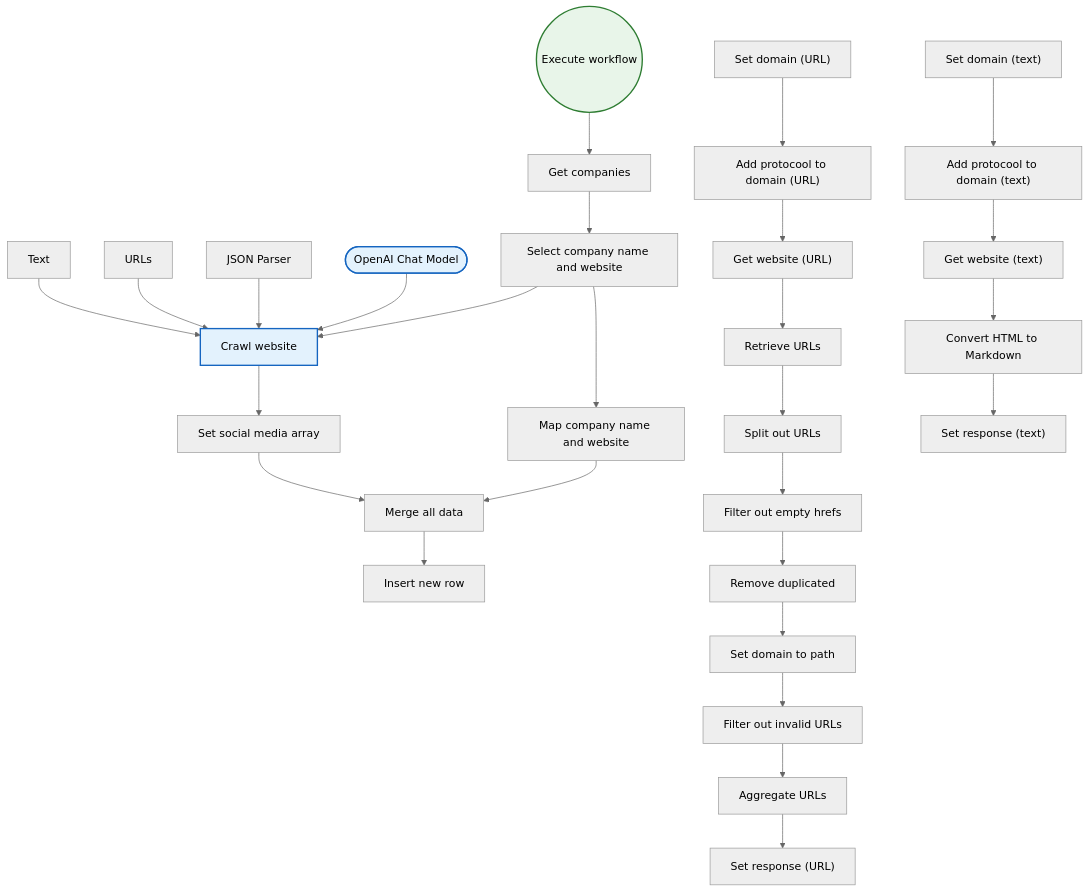
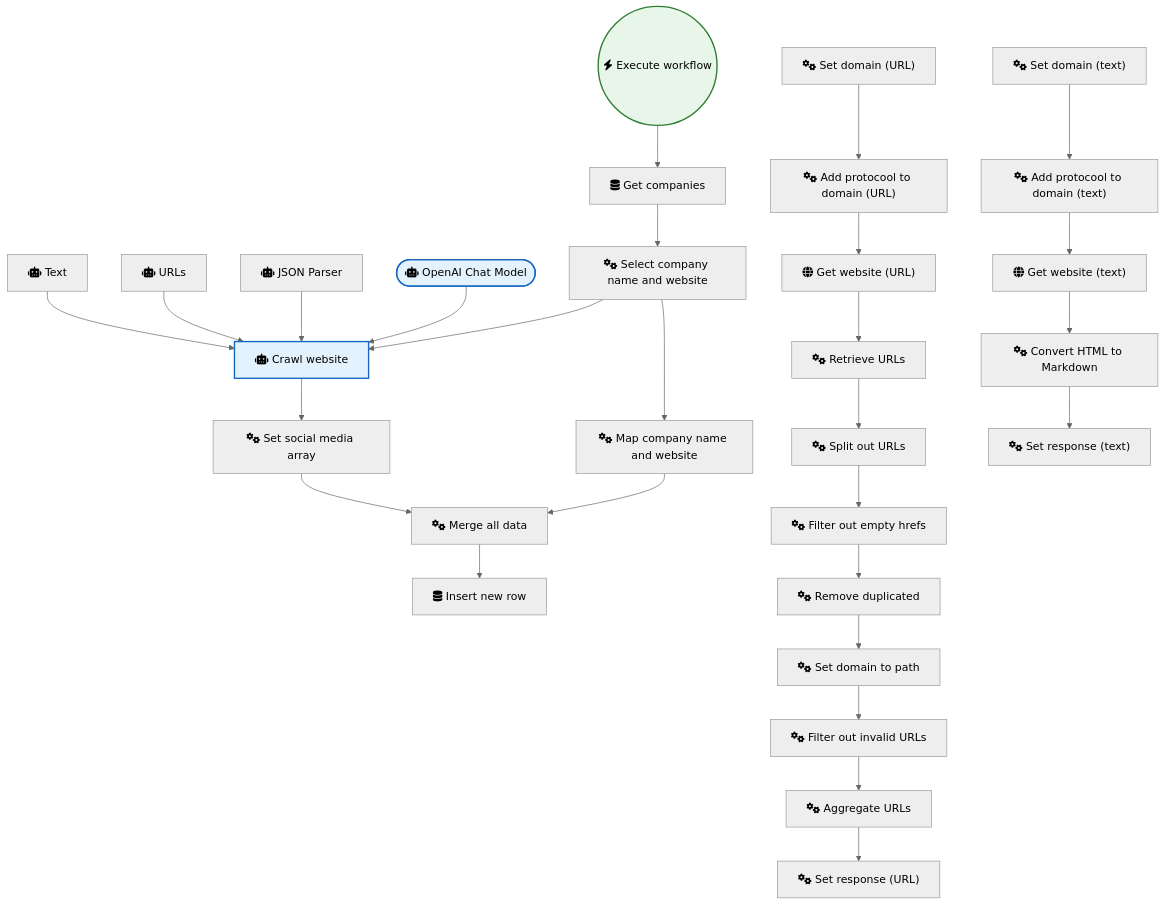
The diagram in AI_Research_RAG_and_Data_Analysis/Autonomous AI crawler.md (sreyash3105/N8N-DEMO-AUTOMATIONS), drawn with Mermaid (neutral theme) before and after one commit. The commit also changed 291 other files, not shown here.

````diff
--- a/AI_Research_RAG_and_Data_Analysis/Autonomous AI crawler.md
+++ b/AI_Research_RAG_and_Data_Analysis/Autonomous AI crawler.md
@@ -1,62 +1,62 @@
 ```mermaid
 graph TD
     classDef trigger fill:#e8f5e9,stroke:#2e7d32,stroke-width:2px;
     classDef ai fill:#e3f2fd,stroke:#1565c0,stroke-width:2px;
     classDef logic fill:#fff3e0,stroke:#ef6c00,stroke-width:2px;
 
-    Text["Text"]
-    URLs["URLs"]
-    OpenAI_Chat_Model(["OpenAI Chat Model"]):::ai
-    JSON_Parser["JSON Parser"]
-    Map_company_name_and_website["Map company name and website"]
-    Execute_workflow(("Execute workflow")):::trigger
-    Get_companies["Get companies"]
-    Select_company_name_and_website["Select company name and website"]
-    Set_social_media_array["Set social media array"]
-    Merge_all_data["Merge all data"]
-    Insert_new_row["Insert new row"]
-    Convert_HTML_to_Markdown["Convert HTML to Markdown"]
-    Retrieve_URLs["Retrieve URLs"]
-    Split_out_URLs["Split out URLs"]
-    Remove_duplicated["Remove duplicated"]
-    Set_domain_to_path["Set domain to path"]
-    Filter_out_invalid_URLs["Filter out invalid URLs"]
-    Aggregate_URLs["Aggregate URLs"]
-    Filter_out_empty_hrefs["Filter out empty hrefs"]
-    Set_domain__text_["Set domain (text)"]
-    Add_protocool_to_domain__text_["Add protocool to domain (text)"]
-    Get_website__text_["Get website (text)"]
-    Set_response__text_["Set response (text)"]
-    Set_domain__URL_["Set domain (URL)"]
-    Get_website__URL_["Get website (URL)"]
-    Set_response__URL_["Set response (URL)"]
-    Add_protocool_to_domain__URL_["Add protocool to domain (URL)"]
-    Crawl_website["Crawl website"]:::ai
+    Text["fas:fa-robot Text"]
+    URLs["fas:fa-robot URLs"]
+    OpenAI_Chat_Model(["fas:fa-robot OpenAI Chat Model"]):::ai
+    JSON_Parser["fas:fa-robot JSON Parser"]
+    Map_company_name_and_website["fas:fa-cogs Map company name and website"]
+    Execute_workflow(("fas:fa-bolt Execute workflow")):::trigger
+    Get_companies["fas:fa-database Get companies"]
+    Select_company_name_and_website["fas:fa-cogs Select company name and website"]
+    Set_social_media_array["fas:fa-cogs Set social media array"]
+    Merge_all_data["fas:fa-cogs Merge all data"]
+    Insert_new_row["fas:fa-database Insert new row"]
+    Convert_HTML_to_Markdown["fas:fa-cogs Convert HTML to Markdown"]
+    Retrieve_URLs["fas:fa-cogs Retrieve URLs"]
+    Split_out_URLs["fas:fa-cogs Split out URLs"]
+    Remove_duplicated["fas:fa-cogs Remove duplicated"]
+    Set_domain_to_path["fas:fa-cogs Set domain to path"]
+    Filter_out_invalid_URLs["fas:fa-cogs Filter out invalid URLs"]
+    Aggregate_URLs["fas:fa-cogs Aggregate URLs"]
+    Filter_out_empty_hrefs["fas:fa-cogs Filter out empty hrefs"]
+    Set_domain__text_["fas:fa-cogs Set domain (text)"]
+    Add_protocool_to_domain__text_["fas:fa-cogs Add protocool to domain (text)"]
+    Get_website__text_["fas:fa-globe Get website (text)"]
+    Set_response__text_["fas:fa-cogs Set response (text)"]
+    Set_domain__URL_["fas:fa-cogs Set domain (URL)"]
+    Get_website__URL_["fas:fa-globe Get website (URL)"]
+    Set_response__URL_["fas:fa-cogs Set response (URL)"]
+    Add_protocool_to_domain__URL_["fas:fa-cogs Add protocool to domain (URL)"]
+    Crawl_website["fas:fa-robot Crawl website"]:::ai
 
     Text --> Crawl_website
     URLs --> Crawl_website
     JSON_Parser --> Crawl_website
     Crawl_website --> Set_social_media_array
     Get_companies --> Select_company_name_and_website
     Retrieve_URLs --> Split_out_URLs
     Aggregate_URLs --> Set_response__URL_
     Merge_all_data --> Insert_new_row
     Split_out_URLs --> Filter_out_empty_hrefs
     Execute_workflow --> Get_companies
     Set_domain__URL_ --> Add_protocool_to_domain__URL_
     Get_website__URL_ --> Retrieve_URLs
     OpenAI_Chat_Model --> Crawl_website
     Remove_duplicated --> Set_domain_to_path
     Set_domain__text_ --> Add_protocool_to_domain__text_
     Get_website__text_ --> Convert_HTML_to_Markdown
     Set_domain_to_path --> Filter_out_invalid_URLs
     Filter_out_empty_hrefs --> Remove_duplicated
     Set_social_media_array --> Merge_all_data
     Filter_out_invalid_URLs --> Aggregate_URLs
     Convert_HTML_to_Markdown --> Set_response__text_
     Map_company_name_and_website --> Merge_all_data
     Add_protocool_to_domain__URL_ --> Get_website__URL_
     Add_protocool_to_domain__text_ --> Get_website__text_
     Select_company_name_and_website --> Crawl_website
     Select_company_name_and_website --> Map_company_name_and_website
 ```
````
